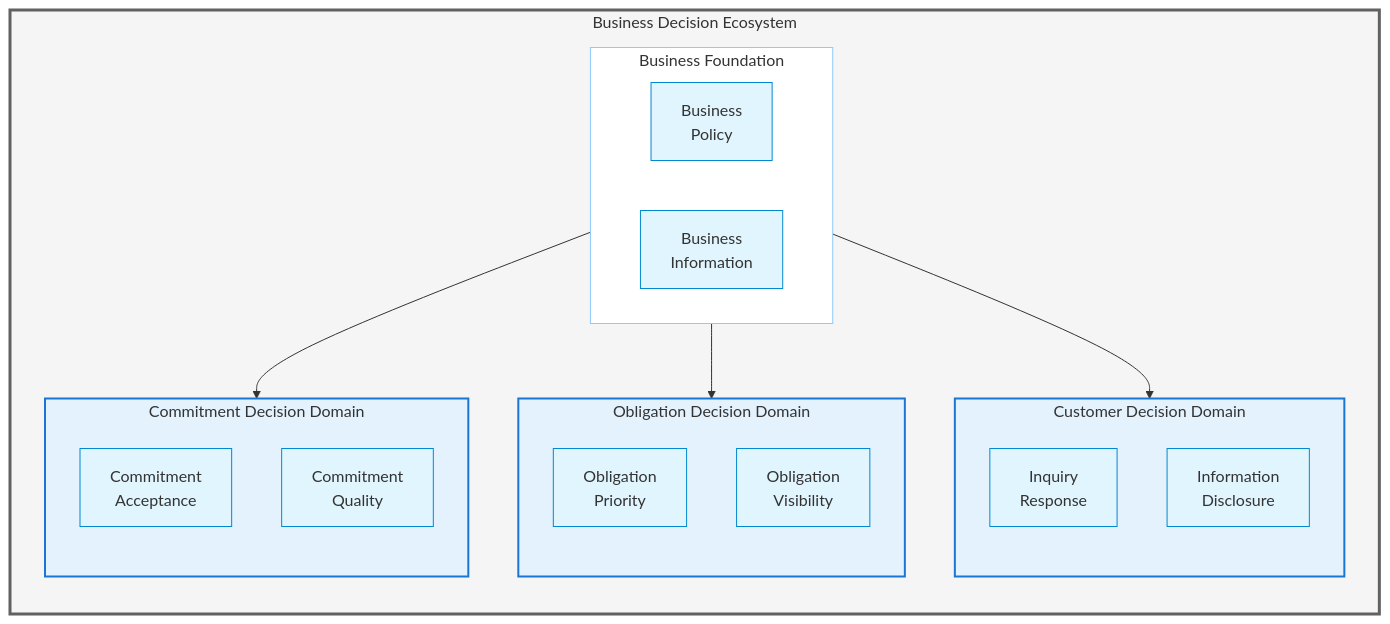
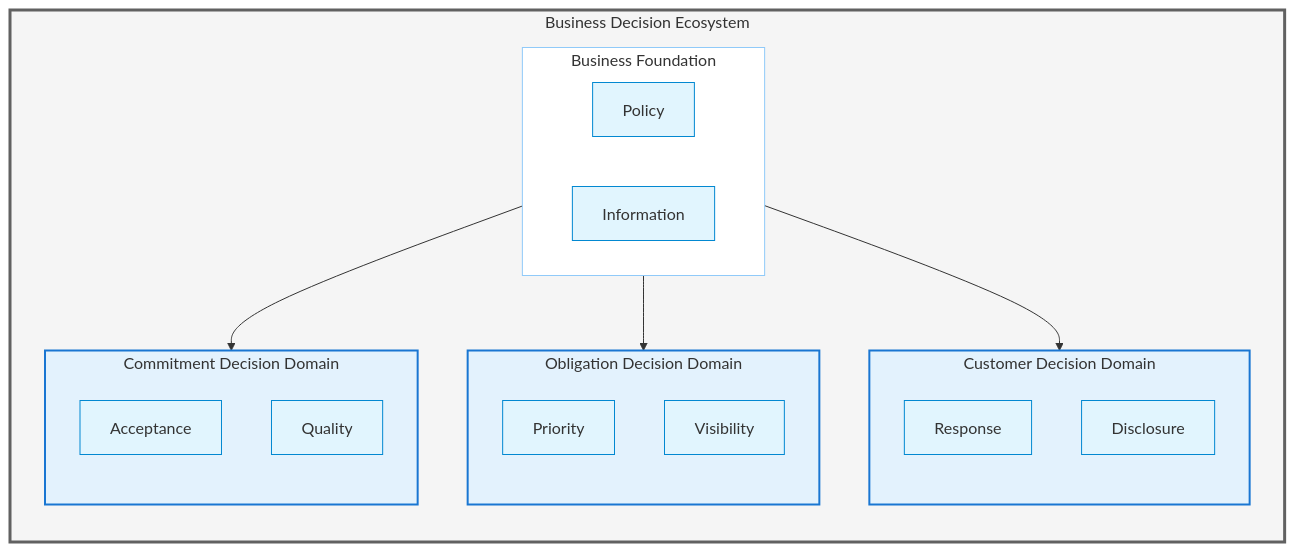
Before and after one commit to Evilazaro/Azure-LogicApps-Monitoring: the fifth of 7 diagrams in docs/architecture/01-business-architecture.md, drawn with Mermaid. The commit also changed other lines of this file, not shown here.

Commit message:
Refactor Business Architecture document: simplify terminology in diagrams for clarity and consistency

````diff
--- a/docs/architecture/01-business-architecture.md
+++ b/docs/architecture/01-business-architecture.md
@@ -639,44 +639,44 @@
 ```mermaid
 flowchart TB
     subgraph Decision_Ecosystem["Business Decision Ecosystem"]
         direction TB
 
         subgraph Commitment_Context["Commitment Decision Domain"]
             direction TB
-            CD1["Commitment<br/>Acceptance"]
-            CD2["Commitment<br/>Quality"]
+            CD1["Acceptance"]
+            CD2["Quality"]
         end
 
         subgraph Obligation_Context["Obligation Decision Domain"]
             direction TB
-            OD1["Obligation<br/>Priority"]
-            OD2["Obligation<br/>Visibility"]
+            OD1["Priority"]
+            OD2["Visibility"]
         end
 
         subgraph Customer_Context["Customer Decision Domain"]
             direction TB
-            CUD1["Inquiry<br/>Response"]
-            CUD2["Information<br/>Disclosure"]
+            CUD1["Response"]
+            CUD2["Disclosure"]
         end
 
         subgraph Business_Foundation["Business Foundation"]
             direction LR
-            BF1["Business<br/>Policy"]
-            BF2["Business<br/>Information"]
+            BF1["Policy"]
+            BF2["Information"]
         end
 
         Business_Foundation --> Commitment_Context
         Business_Foundation --> Obligation_Context
         Business_Foundation --> Customer_Context
     end
 
     classDef level1 fill:#f5f5f5,stroke:#616161,stroke-width:3px
     classDef level2 fill:#e3f2fd,stroke:#1976d2,stroke-width:2px
     classDef level3 fill:#ffffff,stroke:#90caf9,stroke-width:1px
     classDef level4 fill:#e1f5fe,stroke:#0288d1,stroke-width:1px
 
     class Decision_Ecosystem level1
     class Commitment_Context,Obligation_Context,Customer_Context level2
     class Business_Foundation level3
     class CD1,CD2,OD1,OD2,CUD1,CUD2,BF1,BF2 level4
 ```
````
